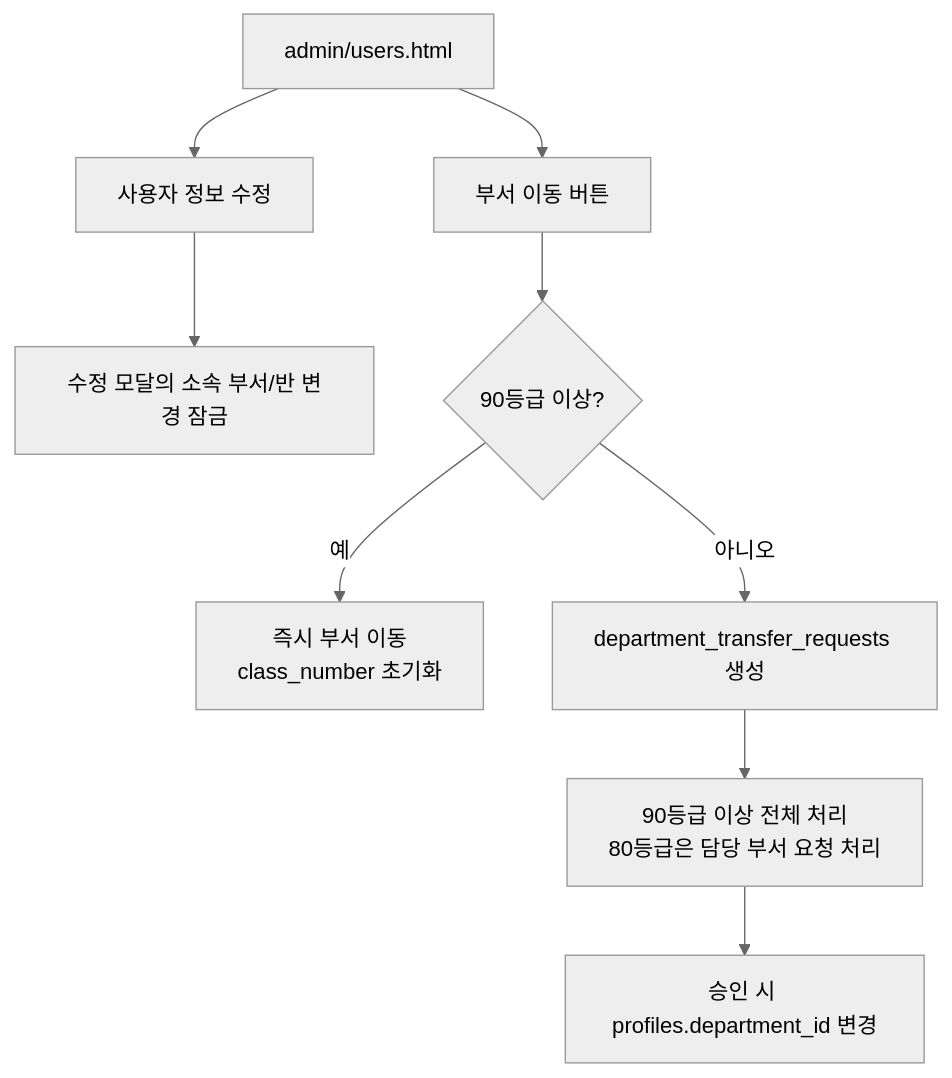
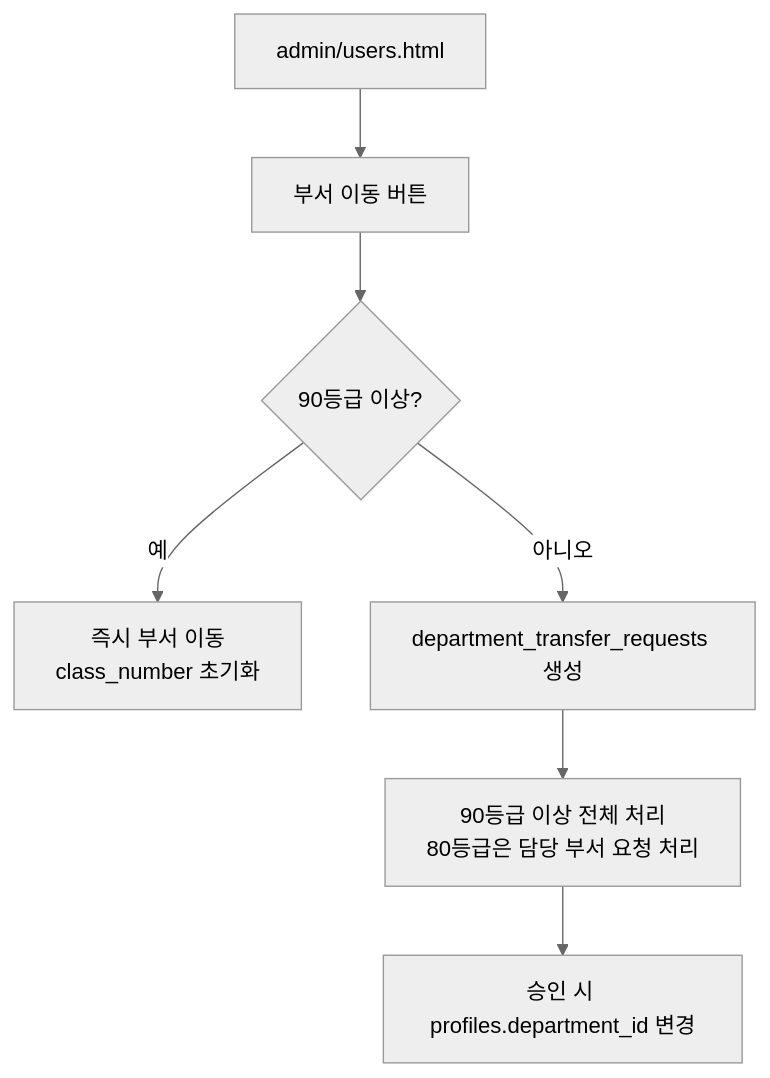
The fifth of 6 diagrams in README.md (CHO-Talents/CHO-Talents), drawn with Mermaid (neutral theme) before and after one commit. The commit also changed other lines of this file and 2 other files, not shown here.

First line of the commit message:
docs: README, 사용자 안내서, 프로젝트 구성도 v3.9.0 최신화

````diff
--- a/README.md
+++ b/README.md
@@ -235,11 +245,9 @@
 ```mermaid
 flowchart TD
-  UserAdmin["admin/users.html"] --> Edit["사용자 정보 수정"]
-  Edit --> LockDept["수정 모달의 소속 부서/반 변경 잠금"]
-  UserAdmin --> Transfer["부서 이동 버튼"]
+  UserAdmin["admin/users.html"] --> Transfer["부서 이동 버튼"]
   Transfer --> Rank{"90등급 이상?"}
   Rank -->|예| Immediate["즉시 부서 이동<br/>class_number 초기화"]
   Rank -->|아니오| Request["department_transfer_requests 생성"]
   Request --> Approval["90등급 이상 전체 처리<br/>80등급은 담당 부서 요청 처리"]
   Approval --> Apply["승인 시 profiles.department_id 변경"]
 ```
````
